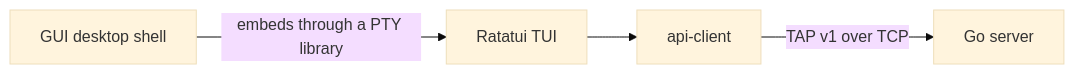
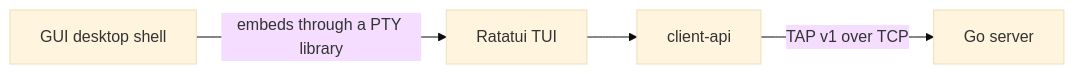
Before and after one commit to leonardecavele/the_answer_protocol: the diagram in client/README.md, drawn with Mermaid (base theme). The commit also changed other lines of this file and 61 other files, not shown here.

Commit message:
refactor(client): rename the api-client crate to client-api

````diff
--- a/client/README.md
+++ b/client/README.md
@@ -8,6 +8,6 @@
 ```mermaid
 flowchart LR
     GUI[GUI desktop shell] -->|embeds through a PTY library| TUI[Ratatui TUI]
-    TUI --> API[api-client]
+    TUI --> API[client-api]
     API -->|TAP v1 over TCP| GO[Go server]
 ```
````
